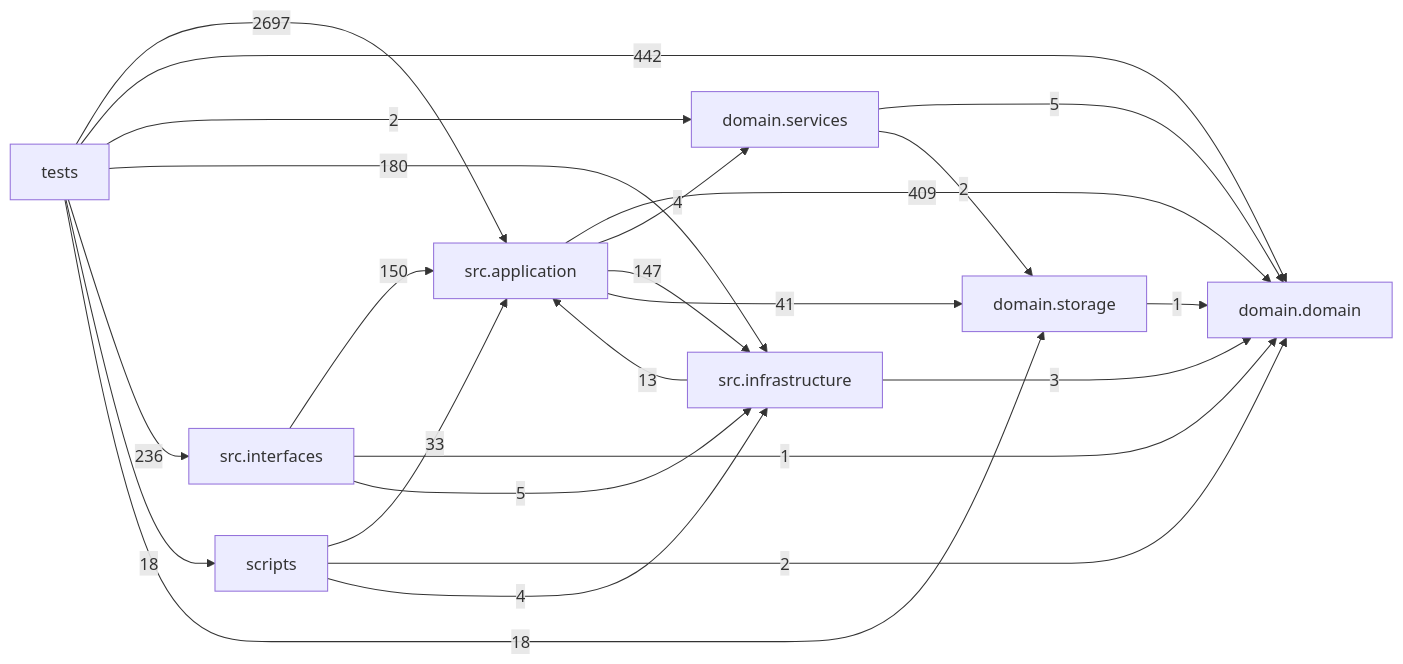
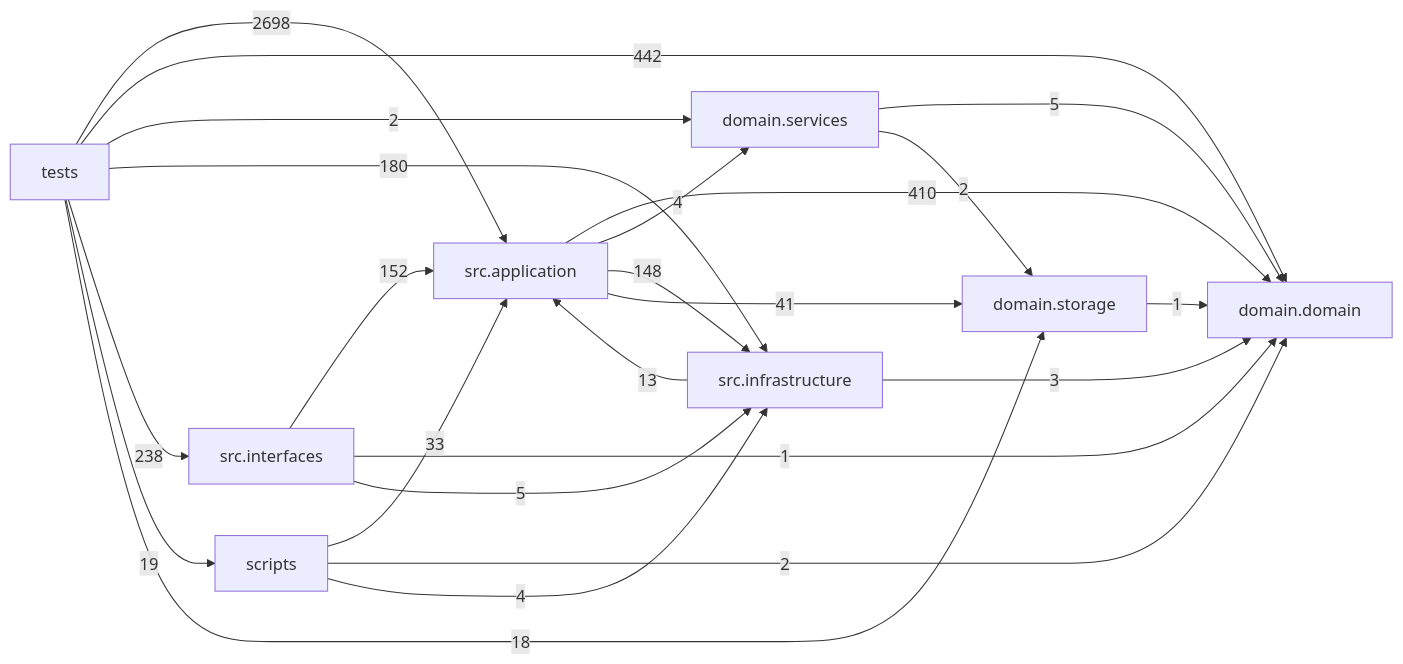
Before and after one commit to liuxie066/options-monitor: the diagram in docs/DEPENDENCY_GRAPH.md, drawn with Mermaid. The commit also changed other lines of this file and 16 other files, not shown here.

````diff
--- a/docs/DEPENDENCY_GRAPH.md
+++ b/docs/DEPENDENCY_GRAPH.md
@@ -24,33 +24,33 @@
 ```mermaid
 flowchart LR
   tests["tests"]
   scripts["scripts"]
   interfaces["src.interfaces"]
   application["src.application"]
   infrastructure["src.infrastructure"]
   domain_services["domain.services"]
   domain["domain.domain"]
   storage["domain.storage"]
-  application -->|409| domain
+  application -->|410| domain
   application -->|4| domain_services
-  application -->|147| infrastructure
+  application -->|148| infrastructure
   application -->|41| storage
   domain_services -->|5| domain
   domain_services -->|2| storage
   infrastructure -->|13| application
   infrastructure -->|3| domain
-  interfaces -->|150| application
+  interfaces -->|152| application
   interfaces -->|1| domain
   interfaces -->|5| infrastructure
   scripts -->|33| application
   scripts -->|2| domain
   scripts -->|4| infrastructure
   storage -->|1| domain
-  tests -->|2697| application
+  tests -->|2698| application
   tests -->|442| domain
   tests -->|2| domain_services
   tests -->|180| infrastructure
-  tests -->|236| interfaces
-  tests -->|18| scripts
+  tests -->|238| interfaces
+  tests -->|19| scripts
   tests -->|18| storage
 ```
````
